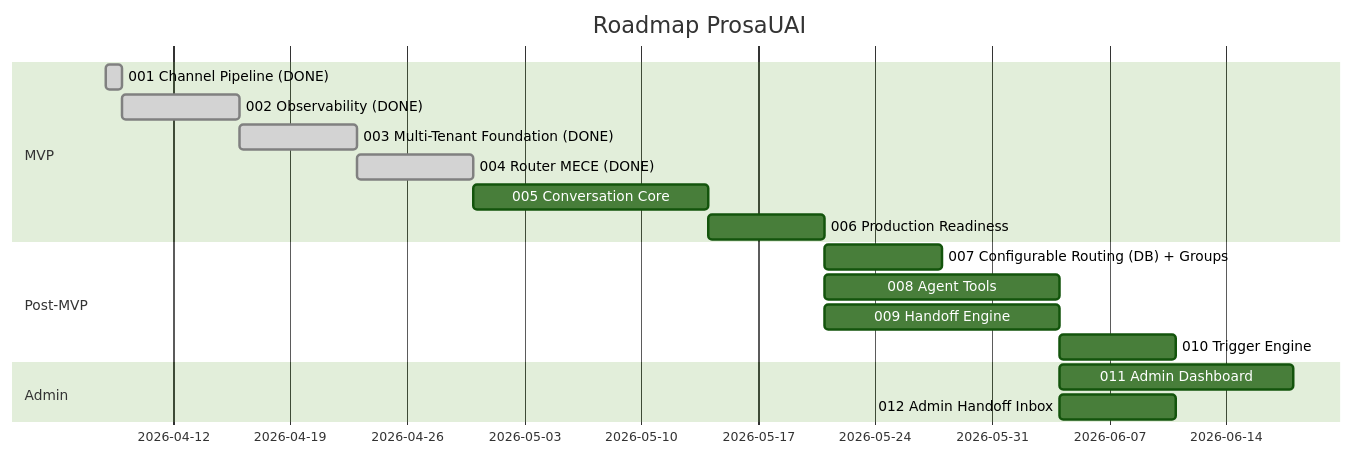
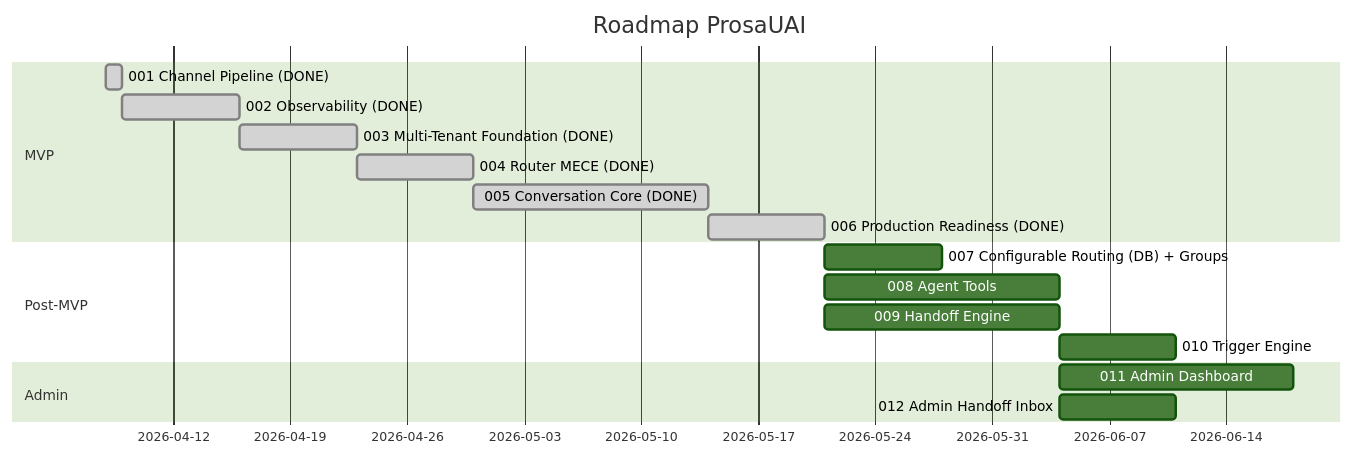
The first of 2 diagrams in platforms/prosauai/planning/roadmap.md (paceautomations/madruga.ai), drawn with Mermaid (forest theme) before and after one commit. The commit also changed other lines of this file and 7 other files, not shown here.

````diff
--- a/platforms/prosauai/planning/roadmap.md
+++ b/platforms/prosauai/planning/roadmap.md
@@ -32,20 +32,20 @@
 ```mermaid
 gantt
     title Roadmap ProsaUAI
     dateFormat YYYY-MM-DD
     section MVP
     001 Channel Pipeline (DONE)   :done, a1, 2026-04-08, 1d
     002 Observability (DONE)       :done, a2, after a1, 1w
     003 Multi-Tenant Foundation (DONE) :done, a3, after a2, 1w
     004 Router MECE (DONE)         :done, a4, after a3, 1w
-    005 Conversation Core          :a5, after a4, 2w
-    006 Production Readiness       :a6, after a5, 1w
+    005 Conversation Core (DONE)    :done, a5, after a4, 2w
+    006 Production Readiness (DONE) :done, a6, after a5, 1w
     section Post-MVP
     007 Configurable Routing (DB) + Groups :a7, after a6, 1w
     008 Agent Tools         :a8, after a6, 2w
     009 Handoff Engine      :a9, after a6, 2w
     010 Trigger Engine      :a10, after a9, 1w
     section Admin
     011 Admin Dashboard     :a11, after a8, 2w
     012 Admin Handoff Inbox :a12, after a9, 1w
 ```
````
